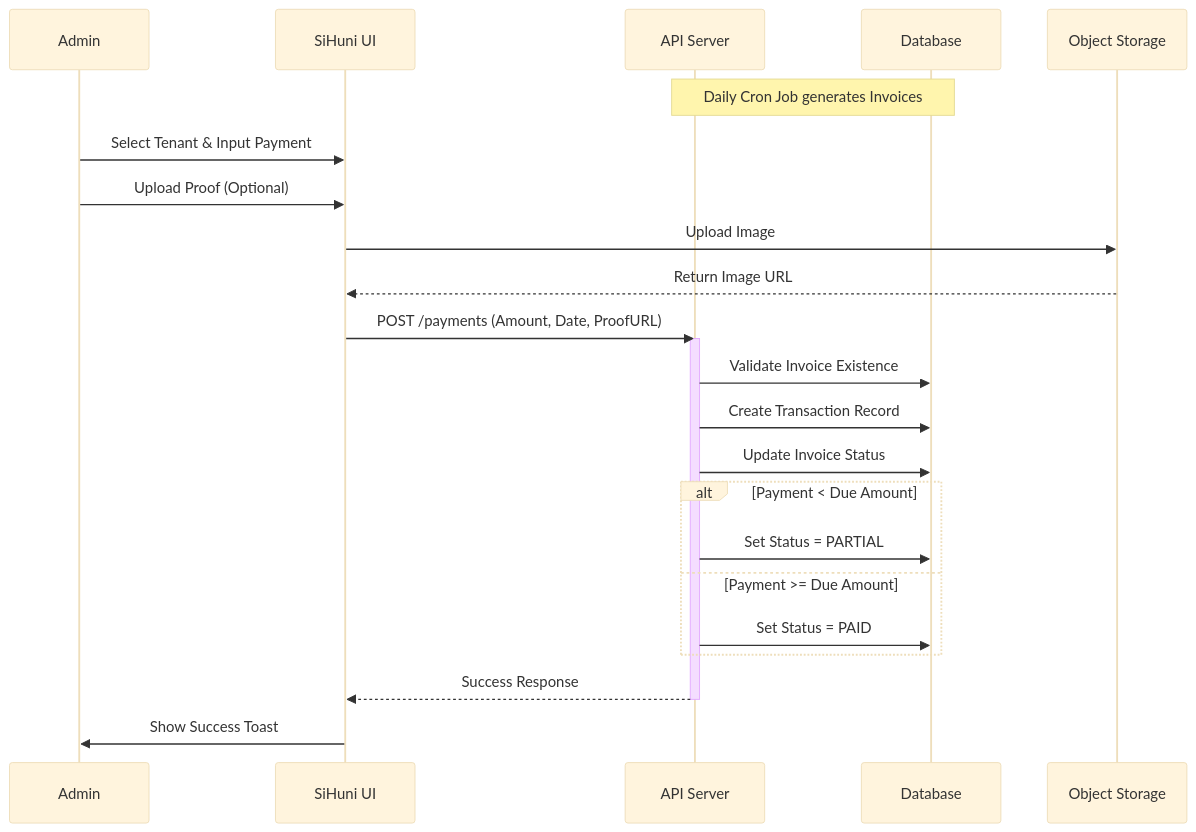
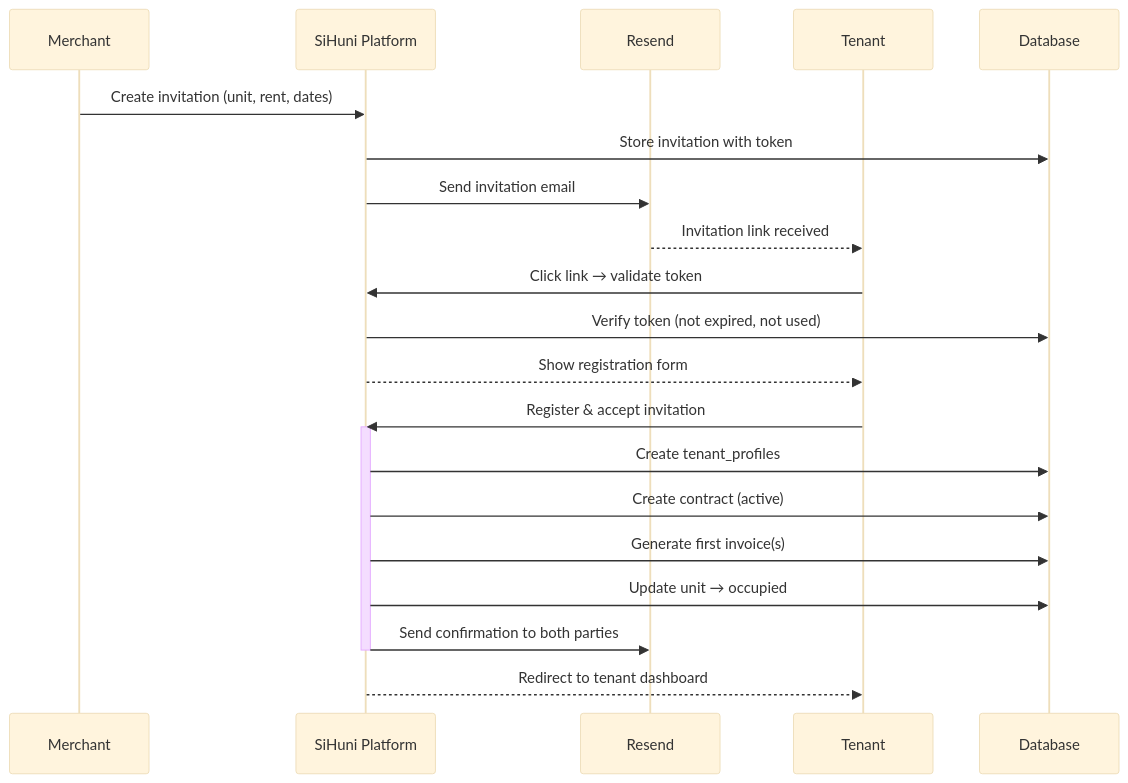
One commit to itsramaa/Sistem-Hunian changed the fourth of 24 diagrams in docs/business-process.md. Above: the diagram before and after it, drawn with Mermaid (base theme). The commit also changed other lines of this file, not shown here.

````diff
--- a/docs/business-process.md
+++ b/docs/business-process.md
@@ -126,32 +192,29 @@
 ```mermaid
 sequenceDiagram
-    participant Admin
-    participant Frontend as SiHuni UI
-    participant Backend as API Server
+    participant Merchant
+    participant System as SiHuni Platform
+    participant Email as Resend
+    participant Tenant
     participant DB as Database
-    participant Storage as Object Storage
 
-    Note over Backend, DB: Daily Cron Job generates Invoices
+    Merchant->>System: Create invitation (unit, rent, dates)
+    System->>DB: Store invitation with token
+    System->>Email: Send invitation email
+    Email-->>Tenant: Invitation link received
 
-    Admin->>Frontend: Select Tenant & Input Payment
-    Admin->>Frontend: Upload Proof (Optional)
-    Frontend->>Storage: Upload Image
-    Storage-->>Frontend: Return Image URL
-    Frontend->>Backend: POST /payments (Amount, Date, ProofURL)
+    Tenant->>System: Click link → validate token
+    System->>DB: Verify token (not expired, not used)
+    System-->>Tenant: Show registration form
+
+    Tenant->>System: Register & accept invitation
     
-    activate Backend
-    Backend->>DB: Validate Invoice Existence
-    Backend->>DB: Create Transaction Record
-    Backend->>DB: Update Invoice Status
+    activate System
+    System->>DB: Create tenant_profiles
+    System->>DB: Create contract (active)
+    System->>DB: Generate first invoice(s)
+    System->>DB: Update unit → occupied
+    System->>Email: Send confirmation to both parties
+    deactivate System
     
-    alt Payment < Due Amount
-        Backend->>DB: Set Status = PARTIAL
-    else Payment >= Due Amount
-        Backend->>DB: Set Status = PAID
-    end
-    
-    Backend-->>Frontend: Success Response
-    deactivate Backend
-    
-    Frontend->>Admin: Show Success Toast
+    System-->>Tenant: Redirect to tenant dashboard
 ```
````
